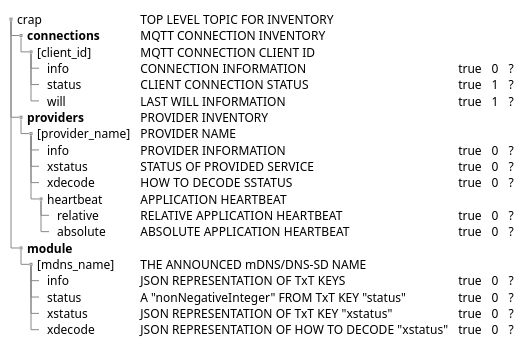
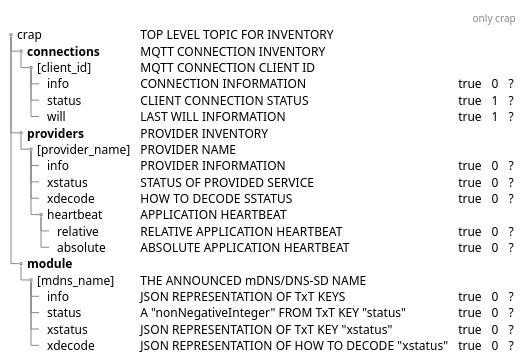
One commit to ITxPT/schematest changed the diagram in puml-linktest/crap.puml. Above: the diagram before and after it, drawn with PlantUML.

```diff
--- a/puml-linktest/crap.puml
+++ b/puml-linktest/crap.puml
@@ -1,30 +1,31 @@
 @startsalt (id=crap)
 'title test crap
+header only crap
 {
 {T
 ' test crap
 + crap | TOP LEVEL TOPIC FOR INVENTORY
 ++ **connections** | MQTT CONNECTION INVENTORY
 +++ [client_id] | MQTT CONNECTION CLIENT ID
 ++++ info | CONNECTION INFORMATION | true | 0 | ?
 ++++ status | CLIENT CONNECTION STATUS | true | 1 | ?
 ++++ will | LAST WILL INFORMATION | true | 1 | ?
 
 ++ **providers** | PROVIDER INVENTORY
 +++ [provider_name] | PROVIDER NAME
 ++++ info | PROVIDER INFORMATION | true | 0 | ?
 ++++ xstatus | STATUS OF PROVIDED SERVICE | true | 0 | ?
 ++++ xdecode | HOW TO DECODE SSTATUS | true | 0 | ?
 ++++ heartbeat | APPLICATION HEARTBEAT
 +++++ relative | RELATIVE APPLICATION HEARTBEAT | true | 0 | ?
 +++++ absolute | ABSOLUTE APPLICATION HEARTBEAT | true | 0 | ?
 
 ++ **module**
 +++ [mdns_name] | THE ANNOUNCED mDNS/DNS-SD NAME
 ++++ info | JSON REPRESENTATION OF TxT KEYS | true | 0 | ?
 ++++ status | A "nonNegativeInteger" FROM TxT KEY "status" | true | 0 | ?
 ++++ xstatus | JSON REPRESENTATION OF TxT KEY "xstatus" | true | 0 | ?
 ++++ xdecode | JSON REPRESENTATION OF HOW TO DECODE "xstatus" | true | 0 | ?
 }
 }
 @endsalt
```
